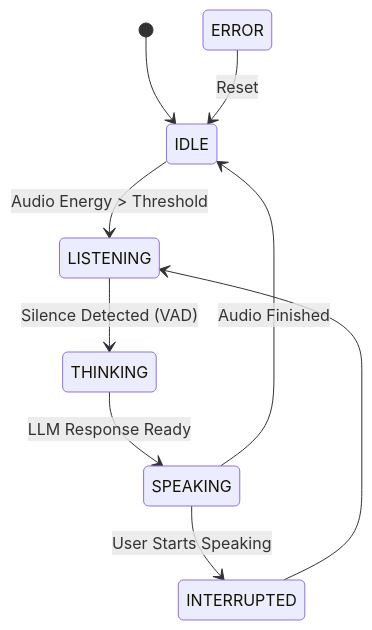
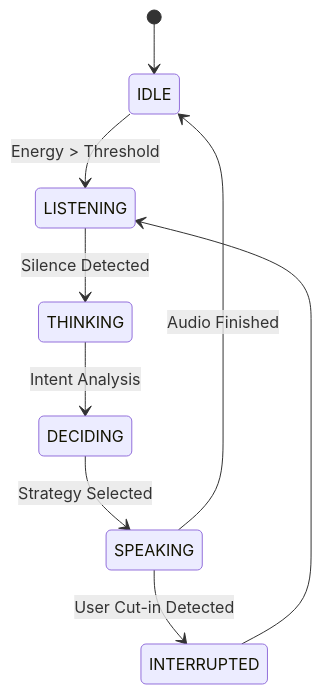
One commit to Srijita-Kyrotics/ai-voice-agent changed the diagram in readme.md. Above: the diagram before and after it, drawn with Mermaid. The commit also changed other lines of this file and 4 other files, not shown here.

````diff
--- a/readme.md
+++ b/readme.md
@@ -9,11 +16,11 @@
 ```mermaid
 stateDiagram-v2
     [*] --> IDLE
-    IDLE --> LISTENING : Audio Energy > Threshold
-    LISTENING --> THINKING : Silence Detected (VAD)
-    THINKING --> SPEAKING : LLM Response Ready
+    IDLE --> LISTENING : Energy > Threshold
+    LISTENING --> THINKING : Silence Detected
+    THINKING --> DECIDING : Intent Analysis
+    DECIDING --> SPEAKING : Strategy Selected
     SPEAKING --> IDLE : Audio Finished
-    SPEAKING --> INTERRUPTED : User Starts Speaking
+    SPEAKING --> INTERRUPTED : User Cut-in Detected
     INTERRUPTED --> LISTENING
-    ERROR --> IDLE : Reset
 ```
````
